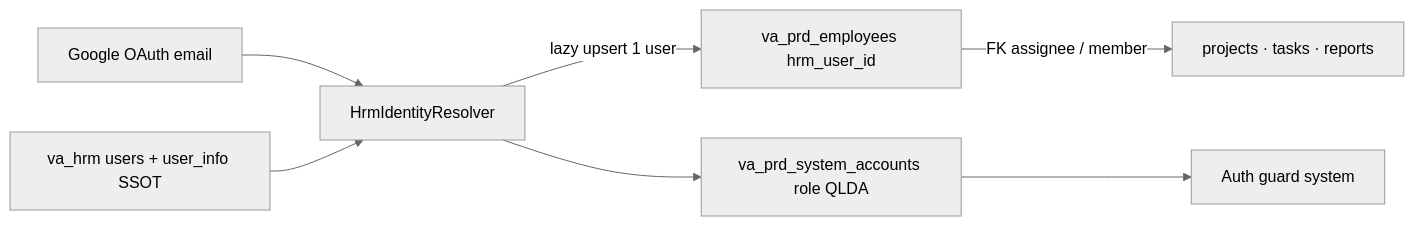
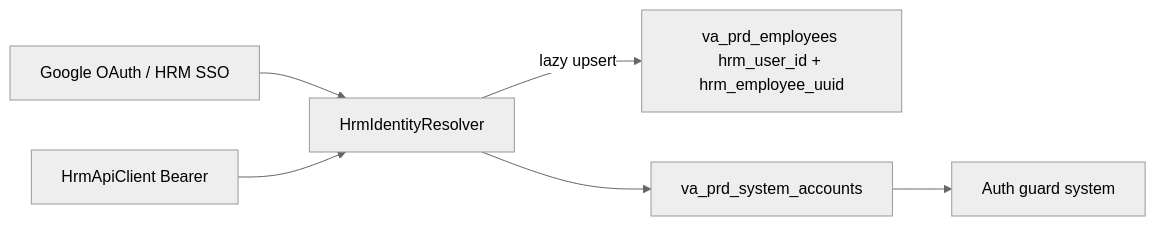
The first of 2 diagrams in docs/ARCHITECTURE.md (EasyToBuildWithKane/va-qlda), drawn with Mermaid (neutral theme) before and after one commit. The commit also changed other lines of this file and 149 other files, not shown here.

Commit message:
feat(coaching): update hrm sso jwt verifier

````diff
--- a/docs/ARCHITECTURE.md
+++ b/docs/ARCHITECTURE.md
@@ -77,9 +77,8 @@
 ```mermaid
 flowchart LR
-  Google["Google OAuth email"] --> Resolver["HrmIdentityResolver"]
-  HRM["va_hrm users + user_info SSOT"] --> Resolver
-  Resolver -->|"lazy upsert 1 user"| Emp["va_prd_employees hrm_user_id"]
-  Resolver --> SA["va_prd_system_accounts role QLDA"]
+  Google["Google OAuth / HRM SSO"] --> Resolver["HrmIdentityResolver"]
+  API["HrmApiClient Bearer"] --> Resolver
+  Resolver -->|"lazy upsert"| Emp["va_prd_employees hrm_user_id + hrm_employee_uuid"]
+  Resolver --> SA["va_prd_system_accounts"]
   SA --> Session["Auth guard system"]
-  Emp -->|"FK assignee / member"| Biz["projects · tasks · reports"]
 ```
````
